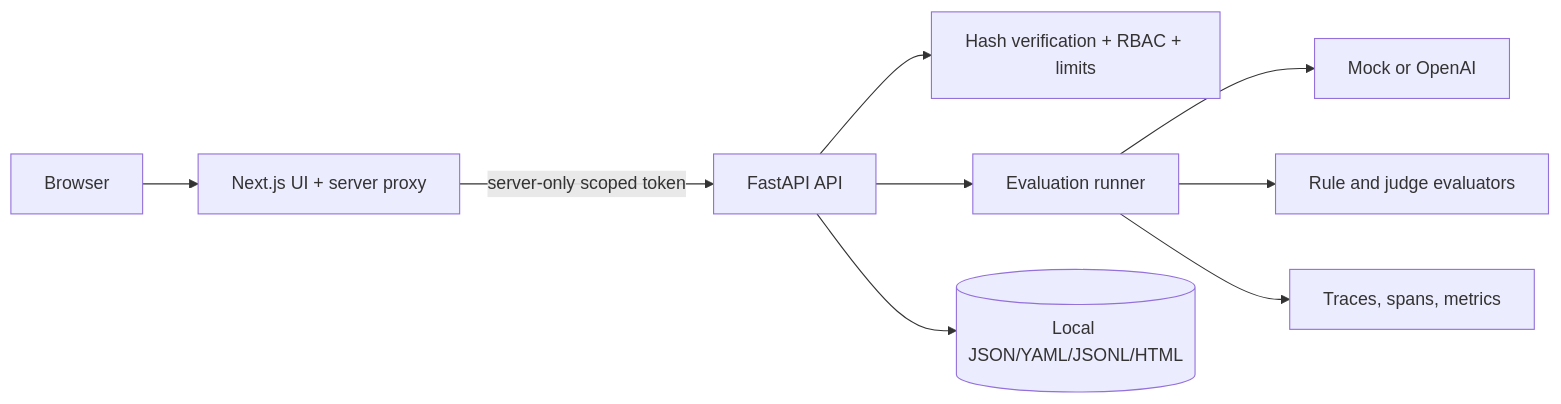
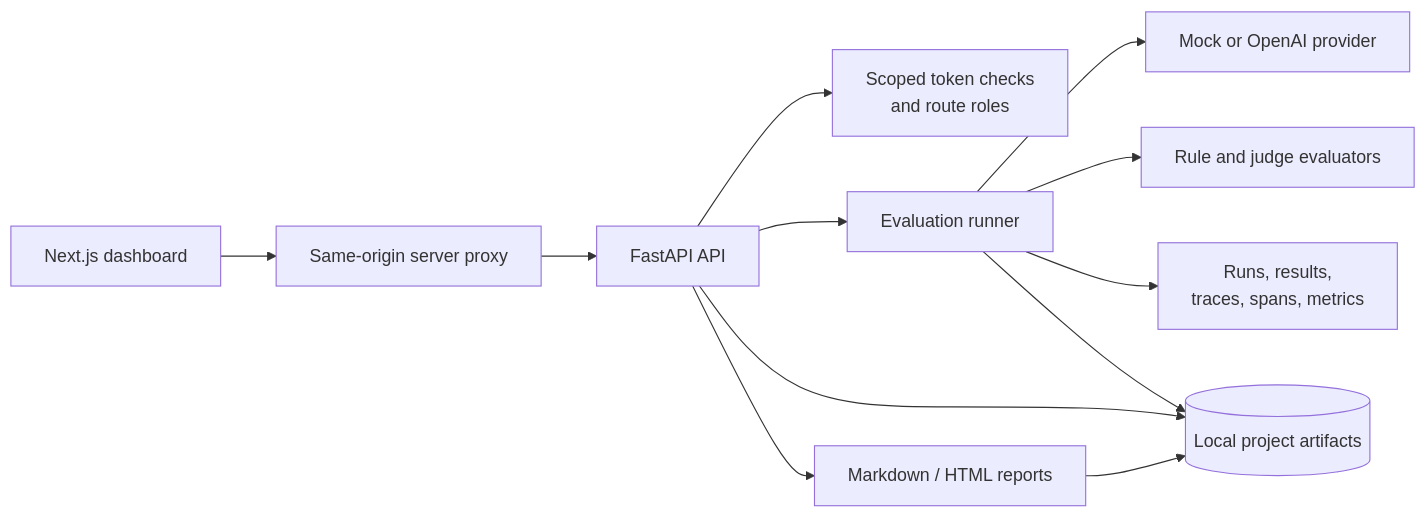
One commit to KarthikRamesh9149/AgentOps-Evaluation-Observability-Studio changed the second of 2 diagrams in README.md. Above: the diagram before and after it, drawn with Mermaid. The commit also changed other lines of this file, not shown here.

````diff
--- a/README.md
+++ b/README.md
@@ -25,11 +55,14 @@
 ```mermaid
 flowchart LR
-  Browser["Browser"] --> UI["Next.js UI + server proxy"]
-  UI -->|"server-only scoped token"| API["FastAPI API"]
-  API --> Auth["Hash verification + RBAC + limits"]
+  Browser["Next.js dashboard"] --> Proxy["Same-origin server proxy"]
+  Proxy --> API["FastAPI API"]
+  API --> Auth["Scoped token checks<br/>and route roles"]
   API --> Runner["Evaluation runner"]
-  Runner --> Provider["Mock or OpenAI"]
+  Runner --> Provider["Mock or OpenAI provider"]
   Runner --> Evaluators["Rule and judge evaluators"]
-  Runner --> Trace["Traces, spans, metrics"]
-  API --> Store[("Local JSON/YAML/JSONL/HTML")]
+  Runner --> Trace["Runs, results,<br/>traces, spans, metrics"]
+  API --> Store[("Local project artifacts")]
+  Runner --> Store
+  API --> Reports["Markdown / HTML reports"]
+  Reports --> Store
 ```
````
